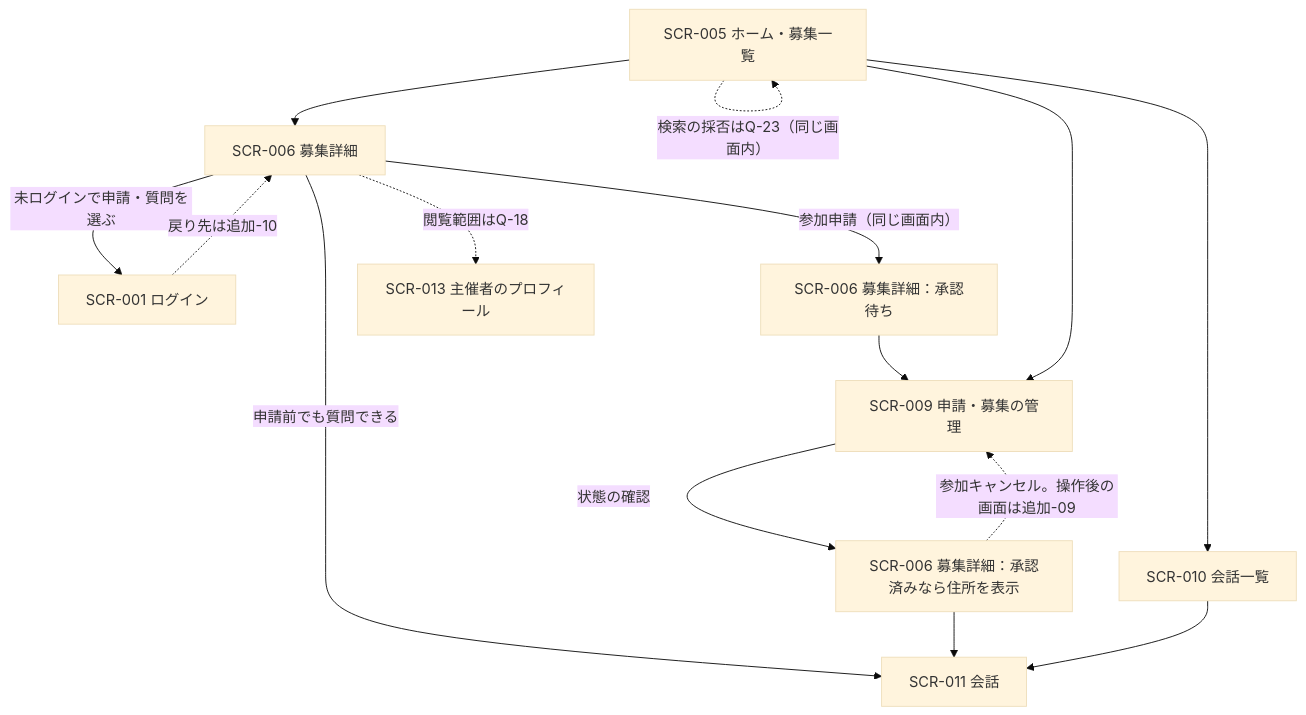
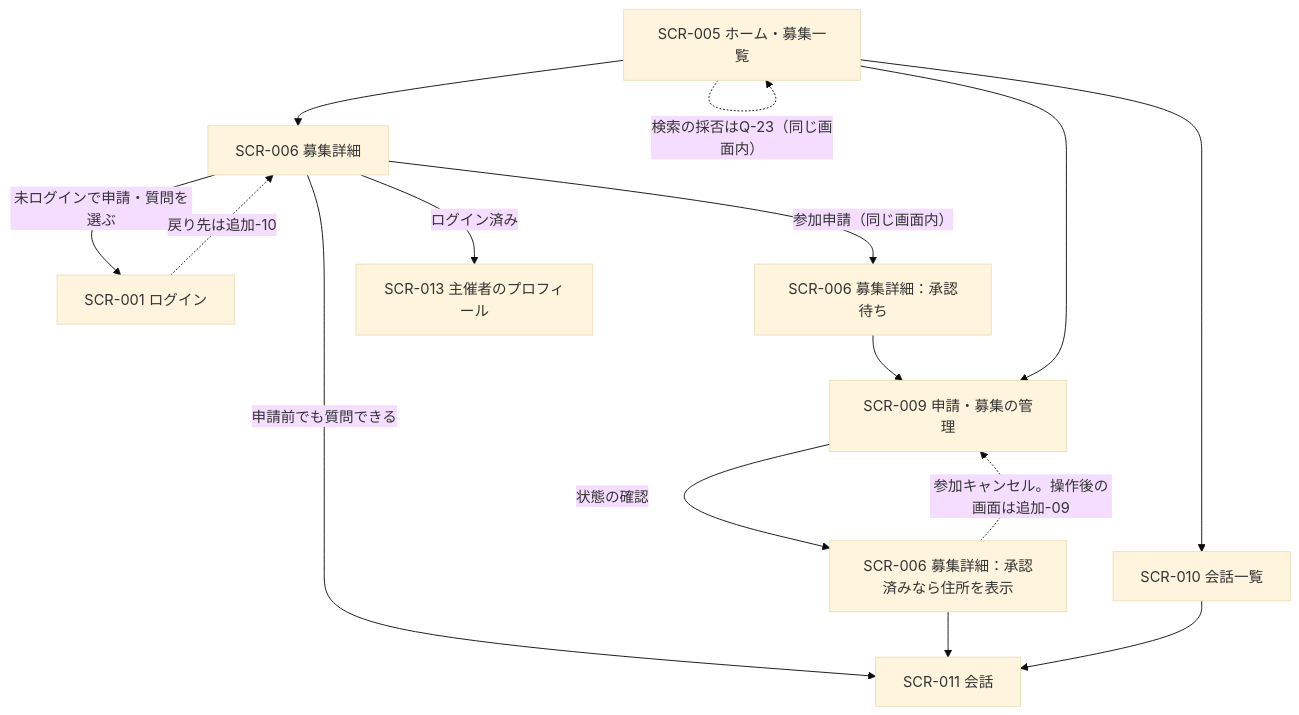
One commit to sysnovastudio-byte/nagoya-volleyball-matching changed the second of 8 diagrams in docs/10_画面一覧.md. Above: the diagram before and after it, drawn with Mermaid (base theme). The commit also changed other lines of this file and 8 other files, not shown here.

````diff
--- a/docs/10_画面一覧.md
+++ b/docs/10_画面一覧.md
@@ -279,17 +279,17 @@
 ```mermaid
 flowchart TD
     B1["SCR-005 ホーム・募集一覧"] -.->|"検索の採否はQ-23（同じ画面内）"| B1
     B1 --> B2["SCR-006 募集詳細"]
     B2 -->|"未ログインで申請・質問を選ぶ"| B3["SCR-001 ログイン"]
     B3 -.->|"戻り先は追加-10"| B2
     B2 -->|"参加申請（同じ画面内）"| B4["SCR-006 募集詳細：承認待ち"]
     B4 --> B5["SCR-009 申請・募集の管理"]
     B5 -->|"状態の確認"| B6["SCR-006 募集詳細：承認済みなら住所を表示"]
     B2 -->|"申請前でも質問できる"| B7["SCR-011 会話"]
     B6 --> B7
     B1 --> B5
     B1 --> B8["SCR-010 会話一覧"]
     B8 --> B7
     B6 -.->|"参加キャンセル。操作後の画面は追加-09"| B5
-    B2 -.->|"閲覧範囲はQ-18"| B9["SCR-013 主催者のプロフィール"]
+    B2 -->|"ログイン済み"| B9["SCR-013 主催者のプロフィール"]
 ```
````
